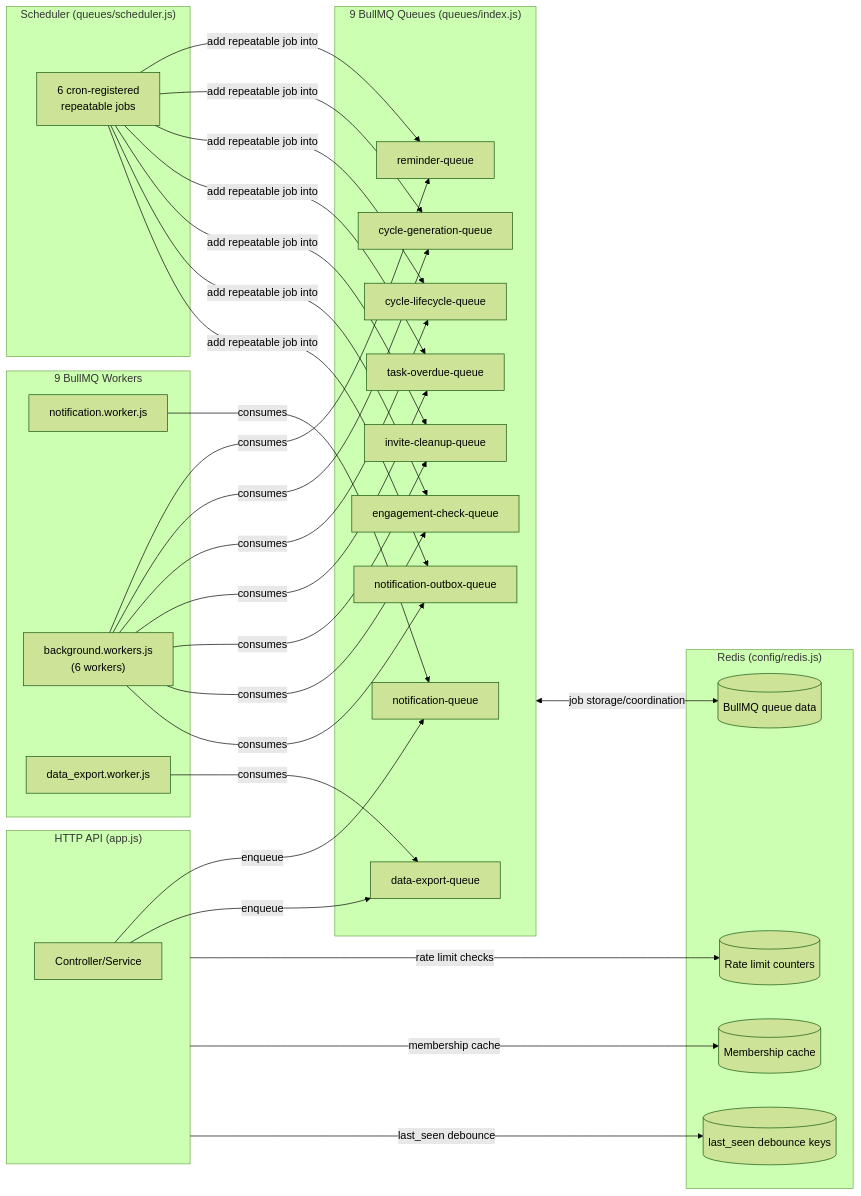
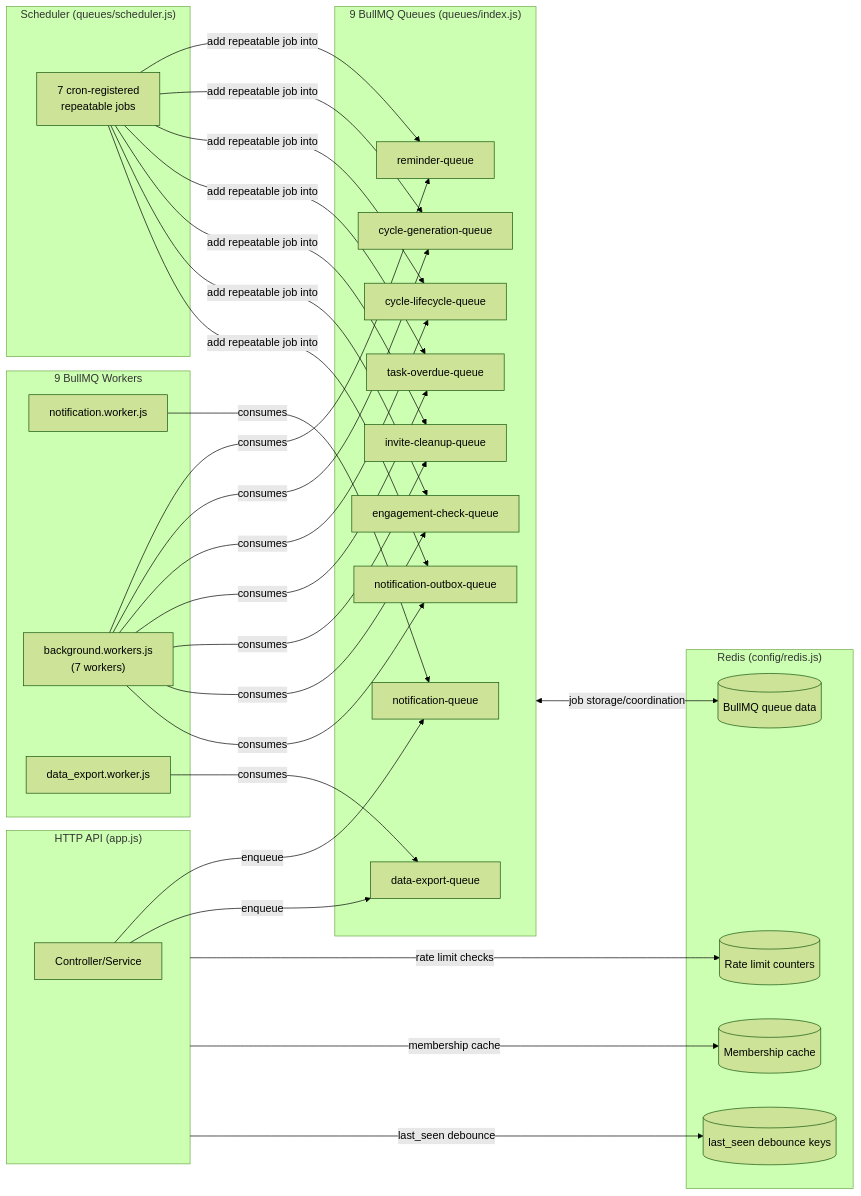
One commit to Devpaul-01/Kith changed the first of 2 diagrams in docs/BACKGROUND_JOBS.md. Above: the diagram before and after it, drawn with Mermaid (forest theme). The commit also changed other lines of this file and 10 other files, not shown here.

````diff
--- a/docs/BACKGROUND_JOBS.md
+++ b/docs/BACKGROUND_JOBS.md
@@ -27,48 +27,48 @@
 ```mermaid
 flowchart LR
     subgraph API["HTTP API (app.js)"]
         REQ[Controller/Service]
     end
 
     subgraph SCHED["Scheduler (queues/scheduler.js)"]
-        CRON["6 cron-registered\nrepeatable jobs"]
+        CRON["7 cron-registered\nrepeatable jobs"]
     end
 
     subgraph REDIS["Redis (config/redis.js)"]
         BULLMQ[(BullMQ queue data)]
         RL[(Rate limit counters)]
         CACHE[(Membership cache)]
         DEBOUNCE[(last_seen debounce keys)]
     end
 
     subgraph QUEUES["9 BullMQ Queues (queues/index.js)"]
         Q1[notification-queue]
         Q2[reminder-queue]
         Q3[cycle-generation-queue]
         Q4[cycle-lifecycle-queue]
         Q5[task-overdue-queue]
         Q6[invite-cleanup-queue]
         Q7[engagement-check-queue]
         Q8[notification-outbox-queue]
         Q9[data-export-queue]
     end
 
     subgraph WORKERS["9 BullMQ Workers"]
         W1[notification.worker.js]
-        W2["background.workers.js\n(6 workers)"]
+        W2["background.workers.js\n(7 workers)"]
         W3[data_export.worker.js]
     end
 
     REQ -- "enqueue" --> Q1
     REQ -- "enqueue" --> Q9
     CRON -- "add repeatable job into" --> Q2 & Q3 & Q4 & Q5 & Q6 & Q7 & Q8
 
     QUEUES <-- "job storage/coordination" --> BULLMQ
     W1 -- "consumes" --> Q1
     W2 -- "consumes" --> Q2 & Q3 & Q4 & Q5 & Q6 & Q7 & Q8
     W3 -- "consumes" --> Q9
 
     API -- "rate limit checks" --> RL
     API -- "membership cache" --> CACHE
     API -- "last_seen debounce" --> DEBOUNCE
 ```
````
